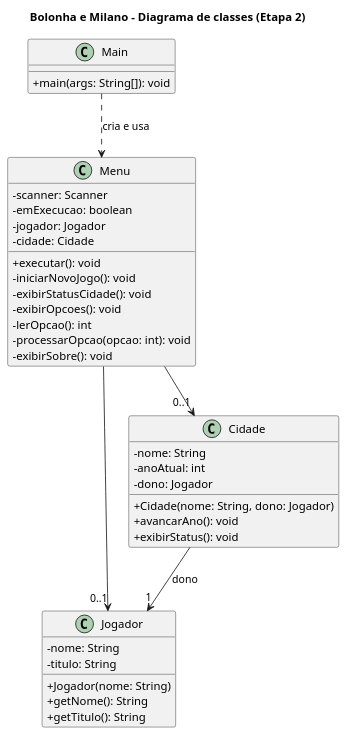
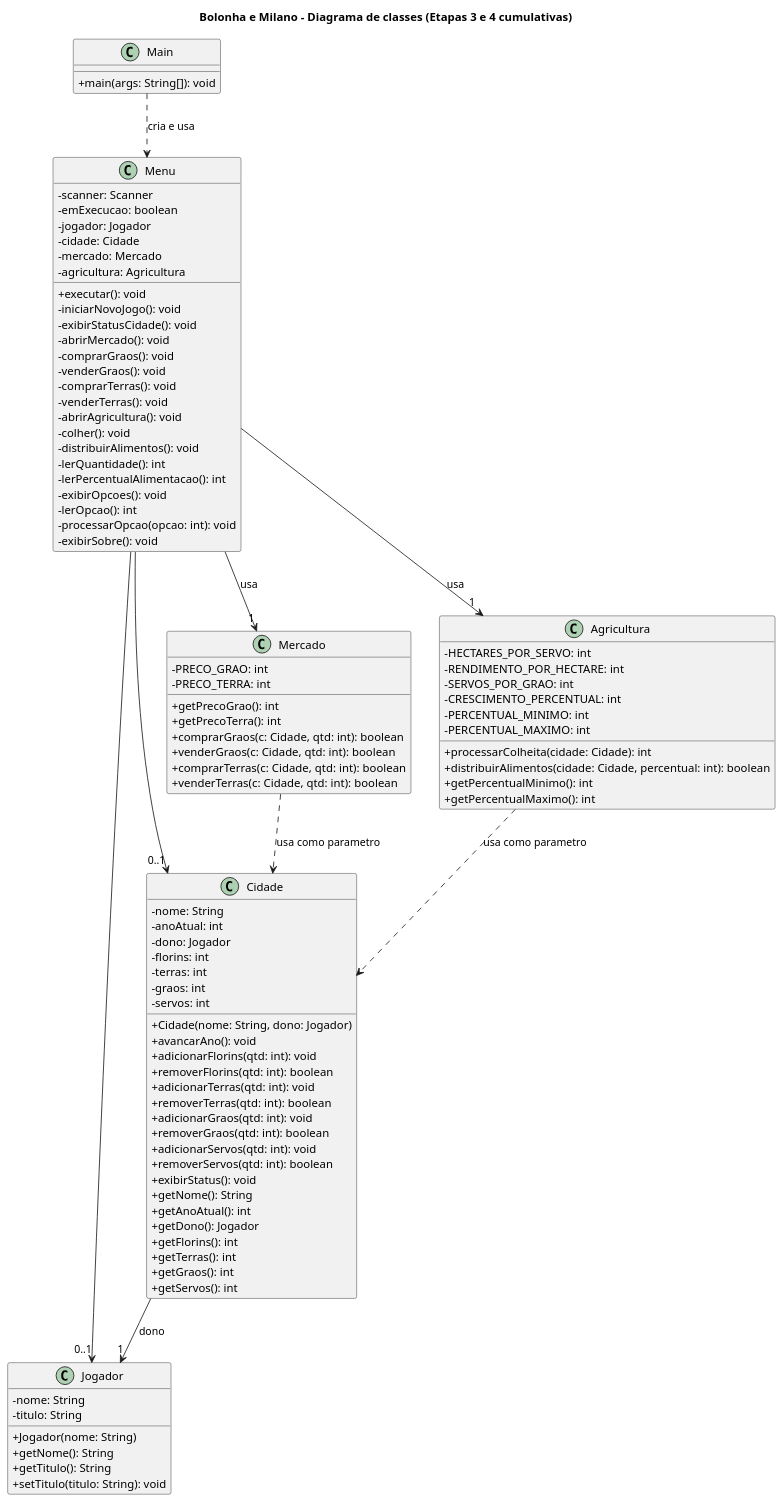
The diagram in projeto-bolonha-e-milano/uml/diagrama-de-classes.puml (LeviAlves01/projeto-bologna-e-milano), drawn with PlantUML before and after one commit. The commit also changed 14 other files, not shown here.

```diff
--- a/projeto-bolonha-e-milano/uml/diagrama-de-classes.puml
+++ b/projeto-bolonha-e-milano/uml/diagrama-de-classes.puml
@@ -1,44 +1,105 @@
 @startuml
-title Bolonha e Milano - Diagrama de classes (Etapa 2)
+title Bolonha e Milano - Diagrama de classes (Etapas 3 e 4 cumulativas)
 skinparam classAttributeIconSize 0
 
 class Main {
   + main(args: String[]): void
 }
 
 class Menu {
   - scanner: Scanner
   - emExecucao: boolean
   - jogador: Jogador
   - cidade: Cidade
+  - mercado: Mercado
+  - agricultura: Agricultura
   + executar(): void
   - iniciarNovoJogo(): void
   - exibirStatusCidade(): void
+  - abrirMercado(): void
+  - comprarGraos(): void
+  - venderGraos(): void
+  - comprarTerras(): void
+  - venderTerras(): void
+  - abrirAgricultura(): void
+  - colher(): void
+  - distribuirAlimentos(): void
+  - lerQuantidade(): int
+  - lerPercentualAlimentacao(): int
   - exibirOpcoes(): void
   - lerOpcao(): int
   - processarOpcao(opcao: int): void
   - exibirSobre(): void
 }
 
 class Jogador {
   - nome: String
   - titulo: String
   + Jogador(nome: String)
   + getNome(): String
   + getTitulo(): String
+  + setTitulo(titulo: String): void
 }
 
 class Cidade {
   - nome: String
   - anoAtual: int
   - dono: Jogador
+  - florins: int
+  - terras: int
+  - graos: int
+  - servos: int
   + Cidade(nome: String, dono: Jogador)
   + avancarAno(): void
+  + adicionarFlorins(qtd: int): void
+  + removerFlorins(qtd: int): boolean
+  + adicionarTerras(qtd: int): void
+  + removerTerras(qtd: int): boolean
+  + adicionarGraos(qtd: int): void
+  + removerGraos(qtd: int): boolean
+  + adicionarServos(qtd: int): void
+  + removerServos(qtd: int): boolean
   + exibirStatus(): void
+  + getNome(): String
+  + getAnoAtual(): int
+  + getDono(): Jogador
+  + getFlorins(): int
+  + getTerras(): int
+  + getGraos(): int
+  + getServos(): int
+}
+
+class Mercado {
+  - PRECO_GRAO: int
+  - PRECO_TERRA: int
+  + getPrecoGrao(): int
+  + getPrecoTerra(): int
+  + comprarGraos(c: Cidade, qtd: int): boolean
+  + venderGraos(c: Cidade, qtd: int): boolean
+  + comprarTerras(c: Cidade, qtd: int): boolean
+  + venderTerras(c: Cidade, qtd: int): boolean
+}
+
+class Agricultura {
+  - HECTARES_POR_SERVO: int
+  - RENDIMENTO_POR_HECTARE: int
+  - SERVOS_POR_GRAO: int
+  - CRESCIMENTO_PERCENTUAL: int
+  - PERCENTUAL_MINIMO: int
+  - PERCENTUAL_MAXIMO: int
+  + processarColheita(cidade: Cidade): int
+  + distribuirAlimentos(cidade: Cidade, percentual: int): boolean
+  + getPercentualMinimo(): int
+  + getPercentualMaximo(): int
 }
 
 Main ..> Menu : cria e usa
 Menu --> "0..1" Jogador
 Menu --> "0..1" Cidade
+Menu --> "1" Mercado : usa
+Menu --> "1" Agricultura : usa
 Cidade --> "1" Jogador : dono
+Mercado ..> Cidade : usa como parametro
+Agricultura ..> Cidade : usa como parametro
+
 @enduml
```
